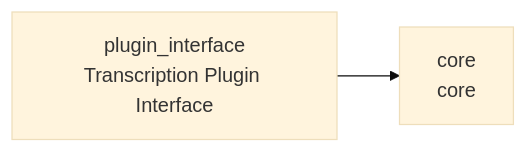
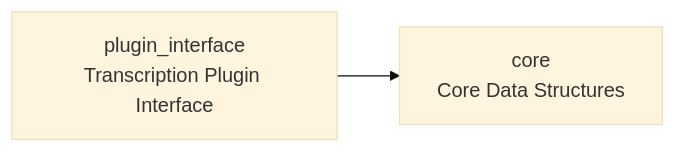
Before and after one commit to cj-mills/cjm-transcription-plugin-system: the diagram in README.md, drawn with Mermaid (base theme). The commit also changed other lines of this file and 9 other files, not shown here.

````diff
--- a/README.md
+++ b/README.md
@@ -22,7 +22,7 @@
 ``` mermaid
 graph LR
-    core[core<br/>core]
+    core[core<br/>Core Data Structures]
     plugin_interface[plugin_interface<br/>Transcription Plugin Interface]
 
     plugin_interface --> core
 ```
````
